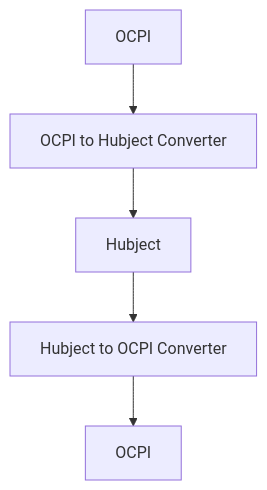
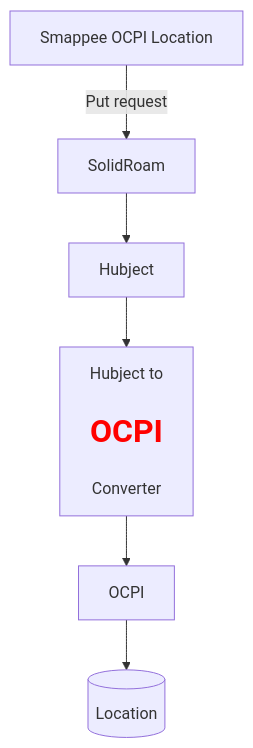
One commit to erkkiat/ocpi changed the diagram in integrations/ReadMe.md. Above: the diagram before and after it, drawn with Mermaid. The commit also changed 3 other files, not shown here.

Commit message:
Create Hubject to OCPI converter

````diff
--- a/integrations/ReadMe.md
+++ b/integrations/ReadMe.md
@@ -9,9 +9,11 @@
 ```mermaid
 
 graph TD
-    A[OCPI] --> B[OCPI to Hubject Converter]
+    A[Smappee OCPI Location] -->|Put request| B[SolidRoam]
     B --> C[Hubject]
-    C --> D[Hubject to OCPI Converter]
+    C --> D[Hubject to <h1 style='color: red'> OCPI </h1> Converter]
     D --> E[OCPI]
+    E --> db[(Location)]
+    
     
 ```
````
